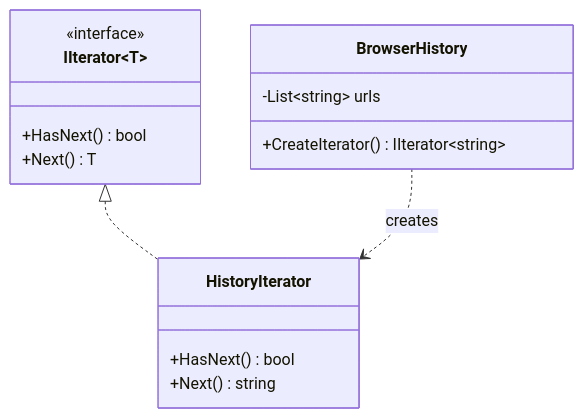
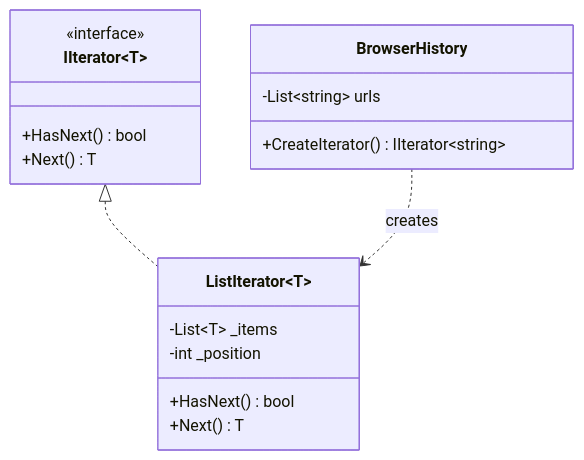
The diagram in 00-Foundations/04-Design-Patterns/Behavioral/Iterator/notes.md (tushardongre1990/LLD-Claude), drawn with Mermaid before and after one commit. The commit also changed other lines of this file and 52 other files, not shown here.

First line of the commit message:
docs(03-SOLID, 04-Patterns): make notes self-contained; fix diagram/code drift

````diff
--- a/00-Foundations/04-Design-Patterns/Behavioral/Iterator/notes.md
+++ b/00-Foundations/04-Design-Patterns/Behavioral/Iterator/notes.md
@@ -10,18 +10,20 @@
 ```mermaid
 classDiagram
     class IIterator~T~ {
         <<interface>>
         +HasNext() bool
         +Next() T
     }
     class BrowserHistory {
         -List~string~ urls
         +CreateIterator() IIterator~string~
     }
-    class HistoryIterator {
+    class ListIterator~T~ {
+        -List~T~ _items
+        -int _position
         +HasNext() bool
-        +Next() string
+        +Next() T
     }
-    IIterator <|.. HistoryIterator
-    BrowserHistory ..> HistoryIterator : creates
+    IIterator~T~ <|.. ListIterator~T~
+    BrowserHistory ..> ListIterator~T~ : creates
 ```
````
